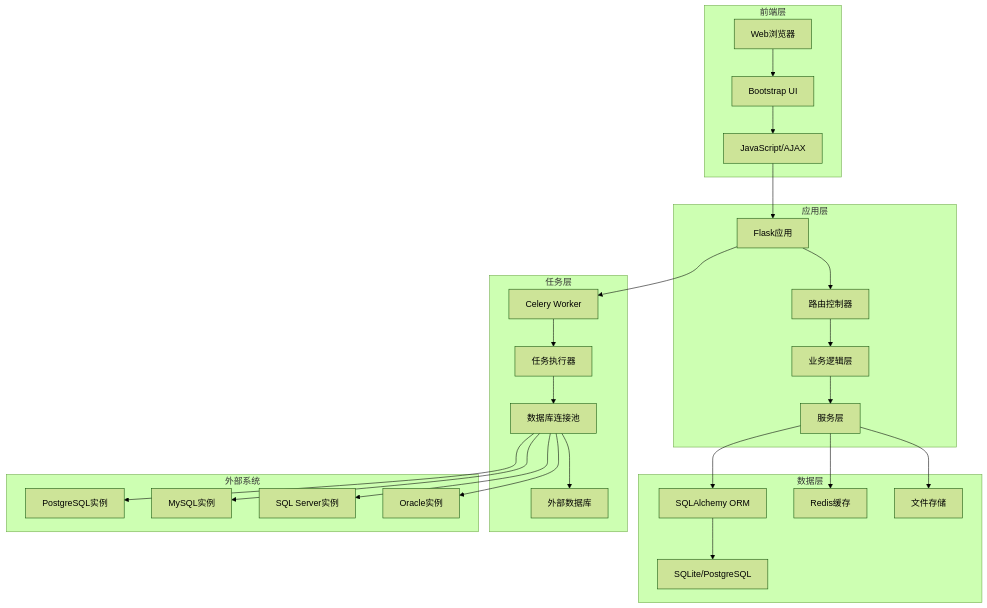
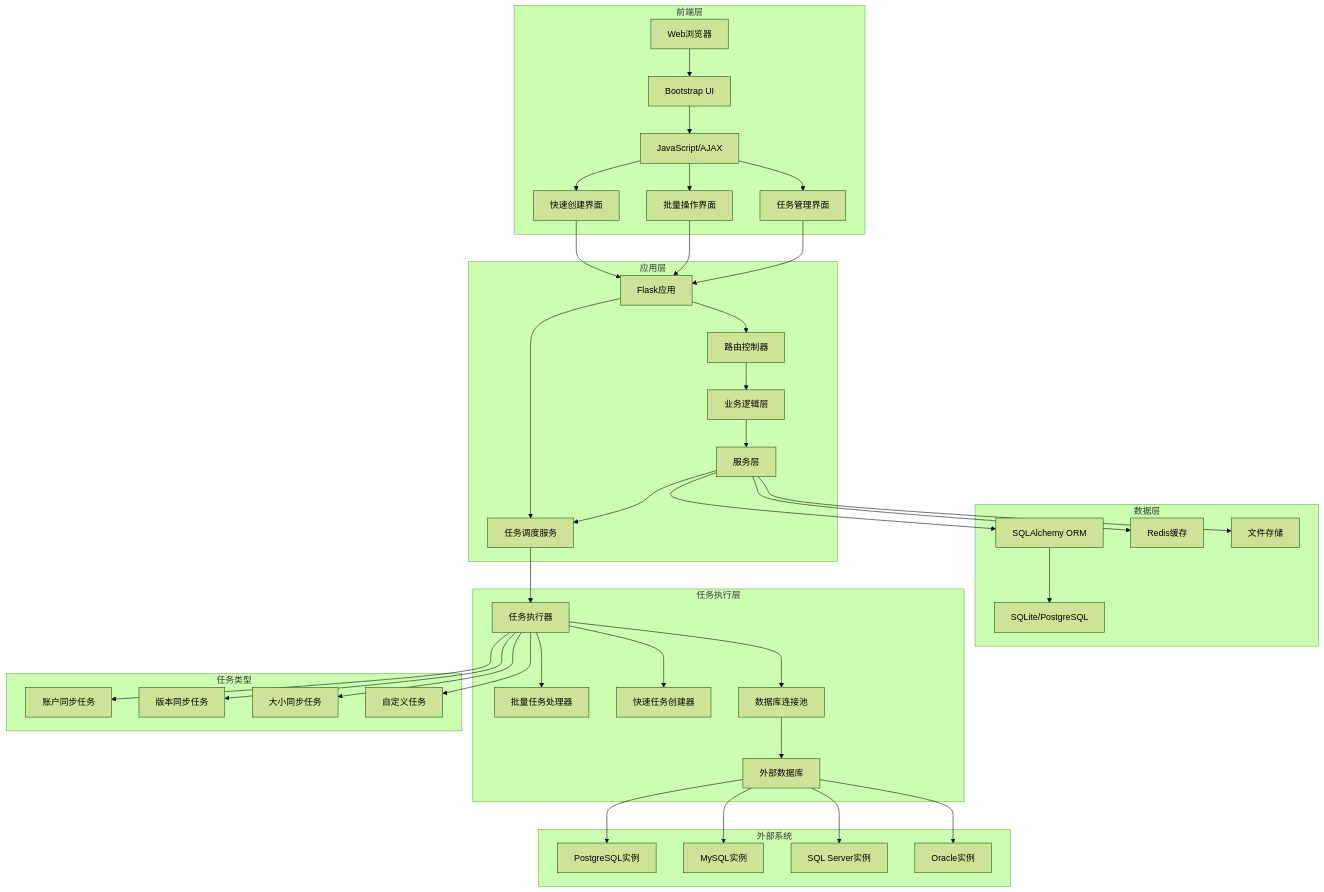
The first of 3 diagrams in doc/spec.md (nyealovey/TaifishingV4), drawn with Mermaid (forest theme) before and after one commit. The commit also changed other lines of this file and 2 other files, not shown here.

````diff
--- a/doc/spec.md
+++ b/doc/spec.md
@@ -51,40 +51,60 @@
 ```mermaid
 graph TB
     subgraph "前端层"
         A[Web浏览器] --> B[Bootstrap UI]
         B --> C[JavaScript/AJAX]
+        C --> D[任务管理界面]
+        C --> E[批量操作界面]
+        C --> F[快速创建界面]
     end
     
     subgraph "应用层"
-        C --> D[Flask应用]
-        D --> E[路由控制器]
-        E --> F[业务逻辑层]
-        F --> G[服务层]
+        D --> G[Flask应用]
+        E --> G
+        F --> G
+        G --> H[路由控制器]
+        H --> I[业务逻辑层]
+        I --> J[服务层]
+        J --> K[任务调度服务]
     end
     
     subgraph "数据层"
-        G --> H[SQLAlchemy ORM]
-        H --> I[SQLite/PostgreSQL]
-        G --> J[Redis缓存]
-        G --> K[文件存储]
+        J --> L[SQLAlchemy ORM]
+        L --> M[SQLite/PostgreSQL]
+        J --> N[Redis缓存]
+        J --> O[文件存储]
     end
     
-    subgraph "任务层"
-        L[Celery Worker] --> M[任务执行器]
-        M --> N[数据库连接池]
-        N --> O[外部数据库]
+    subgraph "任务执行层"
+        K --> P[任务执行器]
+        P --> Q[批量任务处理器]
+        P --> R[快速任务创建器]
+        P --> S[数据库连接池]
+        S --> T[外部数据库]
     end
     
     subgraph "外部系统"
-        P[PostgreSQL实例]
-        Q[MySQL实例]
-        R[SQL Server实例]
-        S[Oracle实例]
+        U[PostgreSQL实例]
+        V[MySQL实例]
+        W[SQL Server实例]
+        X[Oracle实例]
     end
     
-    D --> L
-    N --> P
-    N --> Q
-    N --> R
-    N --> S
+    G --> K
+    T --> U
+    T --> V
+    T --> W
+    T --> X
+    
+    subgraph "任务类型"
+        Y[账户同步任务]
+        Z[版本同步任务]
+        AA[大小同步任务]
+        BB[自定义任务]
+    end
+    
+    P --> Y
+    P --> Z
+    P --> AA
+    P --> BB
 ```
````
